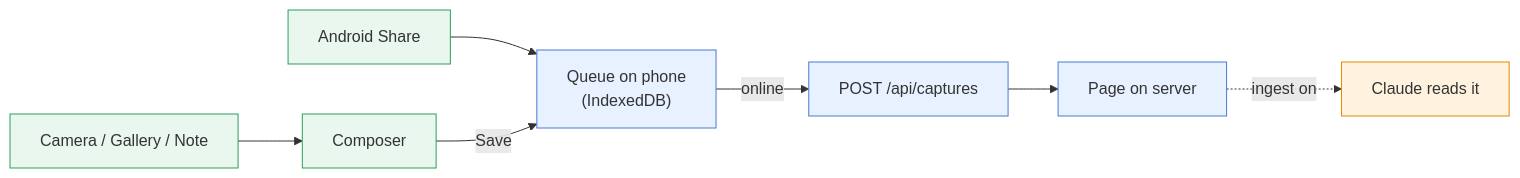
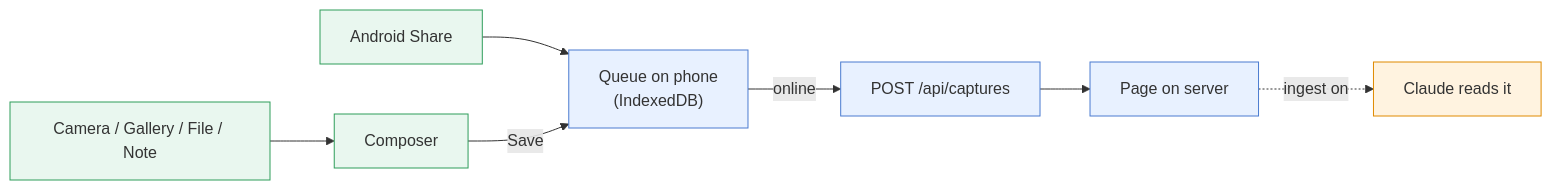
Before and after one commit to gilesknap/scrap: the first of 2 diagrams in docs/how-to/use-the-pwa.md, drawn with Mermaid. The commit also changed other lines of this file and 24 other files, not shown here.

````diff
--- a/docs/how-to/use-the-pwa.md
+++ b/docs/how-to/use-the-pwa.md
@@ -46,15 +47,15 @@
 ```mermaid
 flowchart LR
-    A["Camera / Gallery / Note"] --> B["Composer"]
+    A["Camera / Gallery / File / Note"] --> B["Composer"]
     S["Android Share"] --> Q
     B -->|Save| Q["Queue on phone<br/>(IndexedDB)"]
     Q -->|"online"| U["POST /api/captures"]
     U --> P["Page on server"]
     P -.->|"ingest on"| C["Claude reads it"]
     classDef user fill:#e9f7ef,stroke:#2e9d5b
     classDef store fill:#e8f1ff,stroke:#4a7bd0
     classDef claude fill:#fff3e0,stroke:#e08a00
     class A,B,S user
     class Q,U,P store
     class C claude
 ```
````
